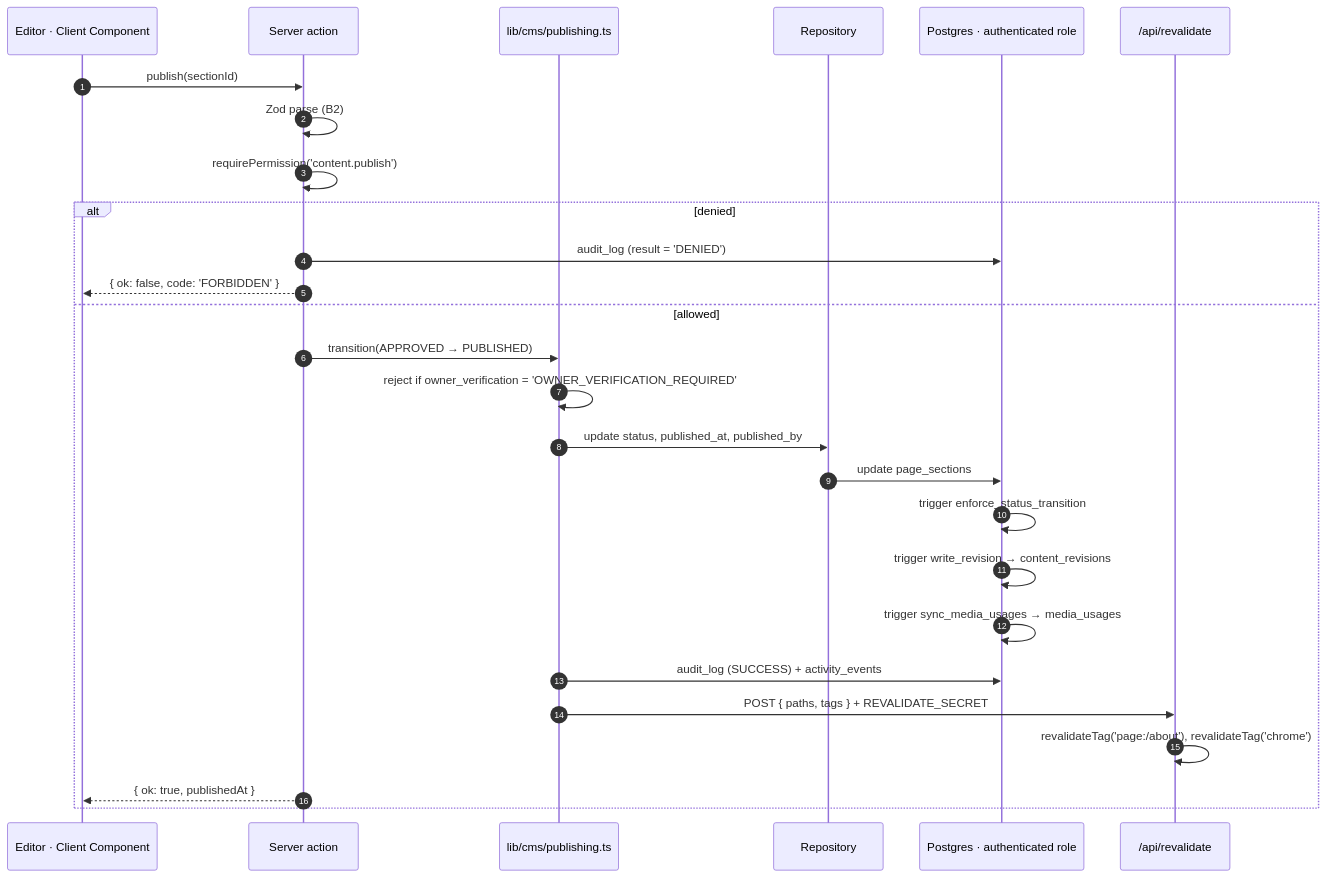
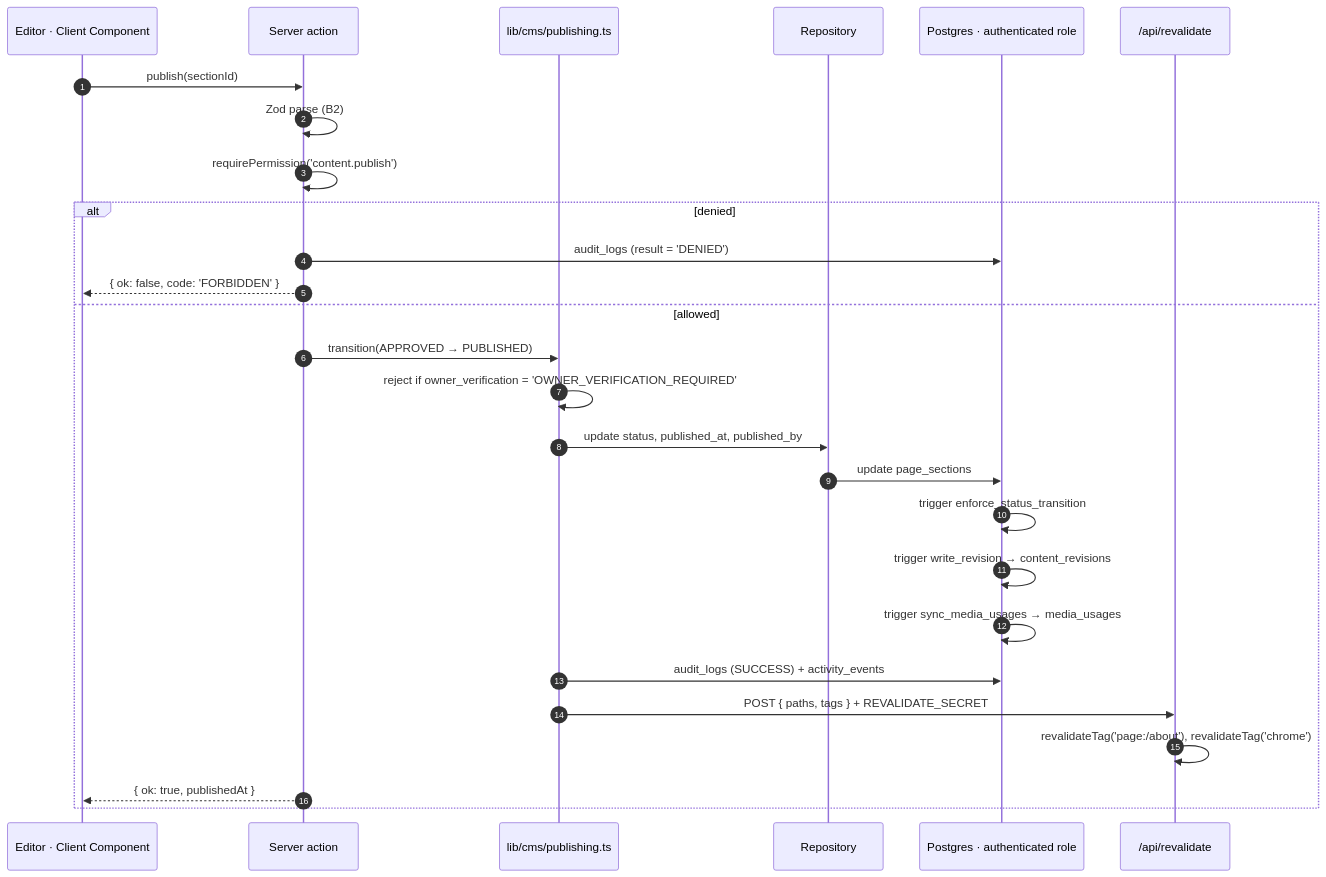
Before and after one commit to gondaliyabhavya70960/RivyaLivingArt: the third of 4 diagrams in docs/architecture/ARCHITECTURE.md, drawn with Mermaid. The commit also changed other lines of this file and 17 other files, not shown here.

First line of the commit message:
Phase 01: rename audit_log to audit_logs across the documentation (D5)

````diff
--- a/docs/architecture/ARCHITECTURE.md
+++ b/docs/architecture/ARCHITECTURE.md
@@ -321,30 +321,30 @@
 ```mermaid
 sequenceDiagram
   autonumber
   participant U as Editor · Client Component
   participant A as Server action
   participant P as lib/cms/publishing.ts
   participant R as Repository
   participant DB as Postgres · authenticated role
   participant RV as /api/revalidate
 
   U->>A: publish(sectionId)
   A->>A: Zod parse (B2)
   A->>A: requirePermission('content.publish')
   alt denied
-    A->>DB: audit_log (result = 'DENIED')
+    A->>DB: audit_logs (result = 'DENIED')
     A-->>U: { ok: false, code: 'FORBIDDEN' }
   else allowed
     A->>P: transition(APPROVED → PUBLISHED)
     P->>P: reject if owner_verification = 'OWNER_VERIFICATION_REQUIRED'
     P->>R: update status, published_at, published_by
     R->>DB: update page_sections
     DB->>DB: trigger enforce_status_transition
     DB->>DB: trigger write_revision → content_revisions
     DB->>DB: trigger sync_media_usages → media_usages
-    P->>DB: audit_log (SUCCESS) + activity_events
+    P->>DB: audit_logs (SUCCESS) + activity_events
     P->>RV: POST { paths, tags } + REVALIDATE_SECRET
     RV->>RV: revalidateTag('page:/about'), revalidateTag('chrome')
     A-->>U: { ok: true, publishedAt }
   end
 ```
````
